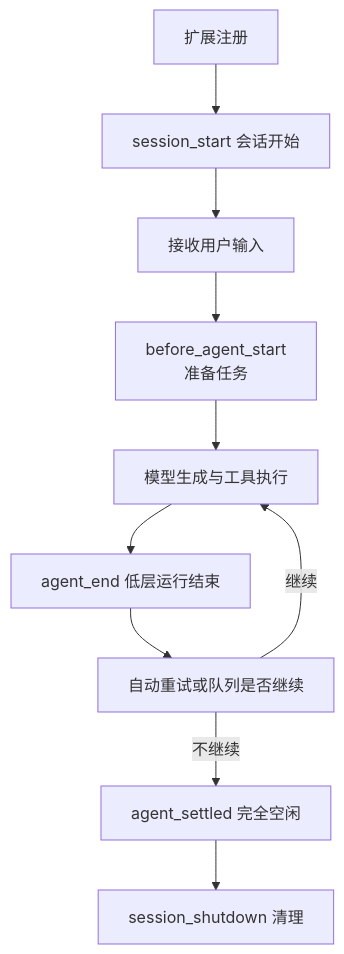
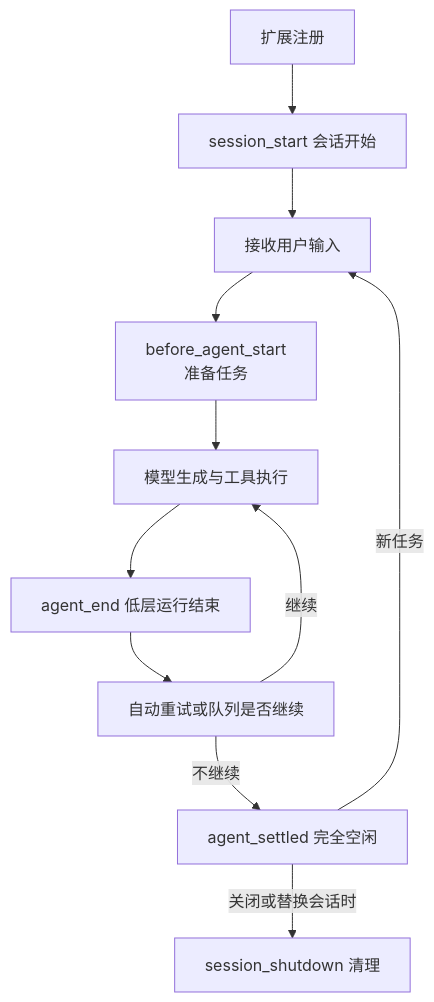
The diagram in docs/tutorials/14-第一个扩展与生命周期.md (small-xiexu/pi-study), drawn with Mermaid before and after one commit. The commit also changed other lines of this file and 44 other files, not shown here.

````diff
--- a/docs/tutorials/14-第一个扩展与生命周期.md
+++ b/docs/tutorials/14-第一个扩展与生命周期.md
@@ -67,12 +49,13 @@
 ```mermaid
 flowchart TD
     A[扩展注册] --> B[session_start 会话开始]
     B --> C[接收用户输入]
     C --> D["before_agent_start<br/>准备任务"]
     D --> E[模型生成与工具执行]
     E --> F[agent_end 低层运行结束]
     F --> G[自动重试或队列是否继续]
     G -->|继续| E
     G -->|不继续| H[agent_settled 完全空闲]
-    H --> I[session_shutdown 清理]
+    H -->|新任务| C
+    H -->|关闭或替换会话时| I[session_shutdown 清理]
 ```
````
